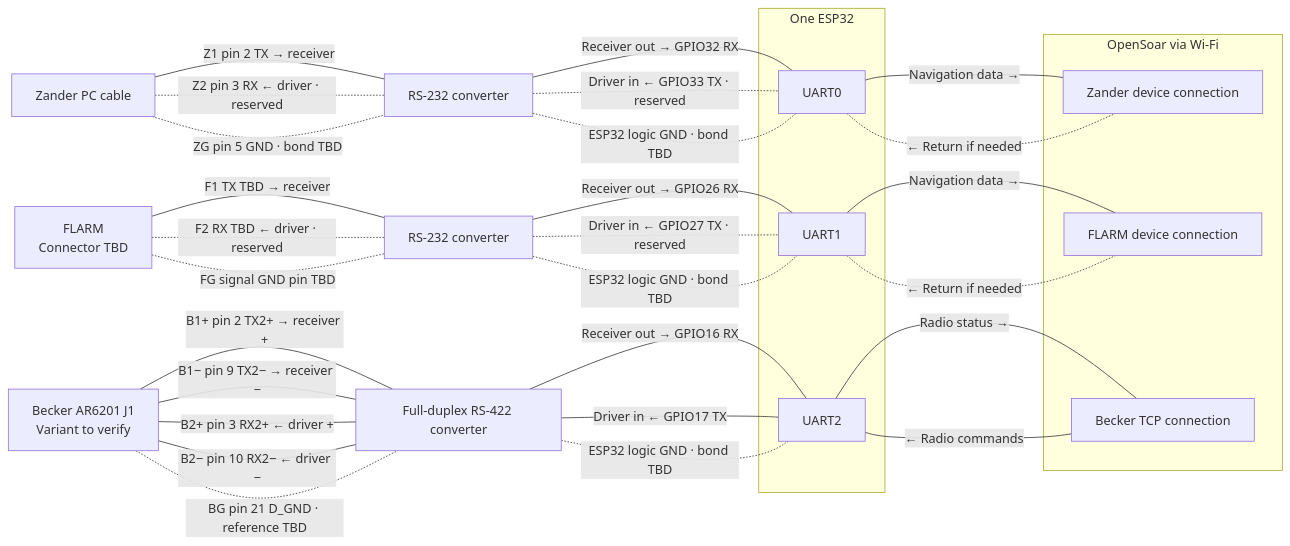
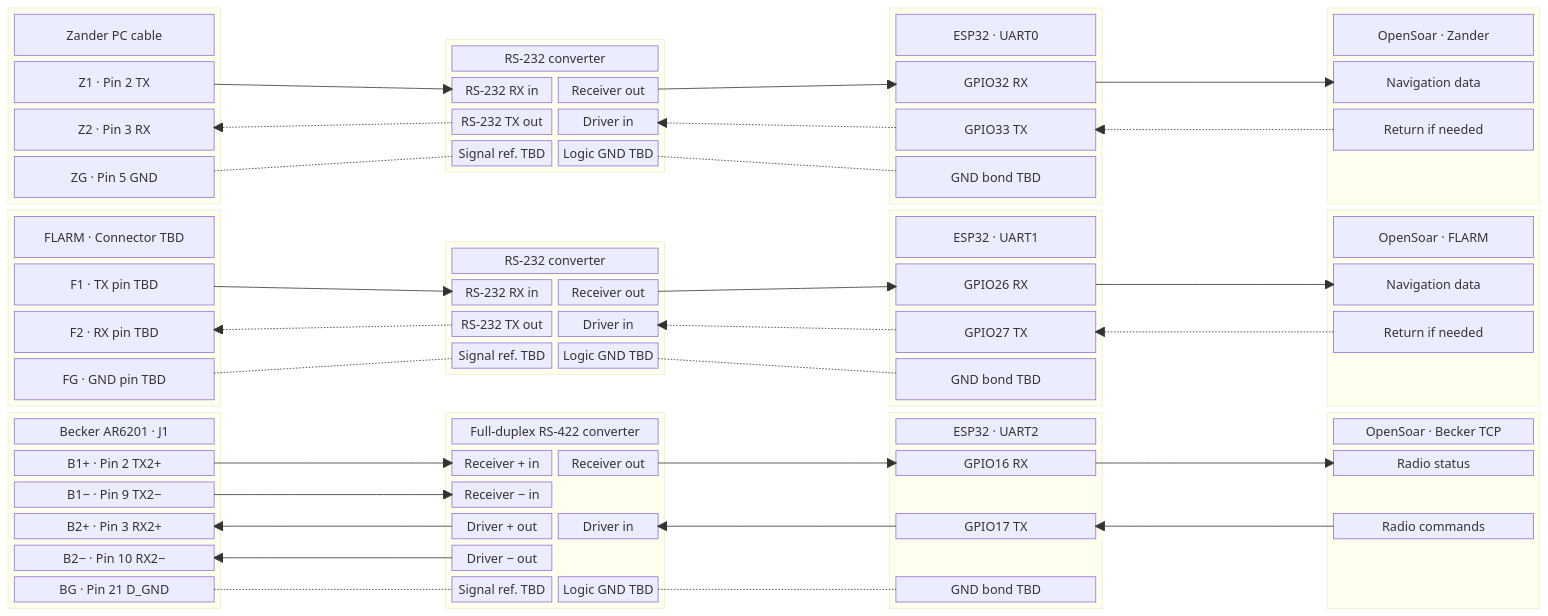
One commit to MomoRC-tech/Becker-AR6201-to-OpenSoar changed the first of 3 diagrams in docs/connections.md. Above: the diagram before and after it, drawn with Mermaid. The commit also changed other lines of this file, not shown here.

Commit message:
Show pin endpoints and signal arrows in connection diagram

````diff
--- a/docs/connections.md
+++ b/docs/connections.md
@@ -11,48 +11,136 @@
 ```mermaid
-flowchart LR
-    Z["Zander PC cable"]
-    F["FLARM<br/>Connector TBD"]
-    B["Becker AR6201 J1<br/>Variant to verify"]
-    ZC["RS-232 converter"]
-    FC["RS-232 converter"]
-    BC["Full-duplex RS-422 converter"]
-    subgraph ESP["One ESP32"]
-        U0["UART0"]
-        U1["UART1"]
-        U2["UART2"]
+block-beta
+    columns 7
+    block:zander
+        columns 1
+        zh["Zander PC cable"]
+        ztx["Z1 · Pin 2 TX"]
+        zrx["Z2 · Pin 3 RX"]
+        zg["ZG · Pin 5 GND"]
     end
-    subgraph OS["OpenSoar via Wi-Fi"]
-        NZ["Zander device connection"]
-        NF["FLARM device connection"]
-        RB["Becker TCP connection"]
+    space
+    block:zconverter
+        columns 2
+        zch["RS-232 converter"]:2
+        zri["RS-232 RX in"] zro["Receiver out"]
+        zdo["RS-232 TX out"] zdi["Driver in"]
+        zref["Signal ref. TBD"] zlogic["Logic GND TBD"]
+    end
+    space
+    block:uart0
+        columns 1
+        e0["ESP32 · UART0"]
+        er0["GPIO32 RX"]
+        et0["GPIO33 TX"]
+        eg0["GND bond TBD"]
+    end
+    space
+    block:zapp
+        columns 1
+        zah["OpenSoar · Zander"]
+        zn["Navigation data"]
+        zb["Return if needed"]
+        space
     end
 
-    Z ---|"Z1 pin 2 TX → receiver"| ZC
-    Z -.-|"Z2 pin 3 RX ← driver · reserved"| ZC
-    Z -.-|"ZG pin 5 GND · bond TBD"| ZC
-    ZC ---|"Receiver out → GPIO32 RX"| U0
-    ZC -.-|"Driver in ← GPIO33 TX · reserved"| U0
-    ZC -.-|"ESP32 logic GND · bond TBD"| U0
-    U0 ---|"Navigation data →"| NZ
-    U0 -.-|"← Return if needed"| NZ
+    block:flarm
+        columns 1
+        fh["FLARM · Connector TBD"]
+        ftx["F1 · TX pin TBD"]
+        frx["F2 · RX pin TBD"]
+        fg["FG · GND pin TBD"]
+    end
+    space
+    block:fconverter
+        columns 2
+        fch["RS-232 converter"]:2
+        fri["RS-232 RX in"] fro["Receiver out"]
+        fdo["RS-232 TX out"] fdi["Driver in"]
+        fref["Signal ref. TBD"] flogic["Logic GND TBD"]
+    end
+    space
+    block:uart1
+        columns 1
+        e1["ESP32 · UART1"]
+        er1["GPIO26 RX"]
+        et1["GPIO27 TX"]
+        eg1["GND bond TBD"]
+    end
+    space
+    block:fapp
+        columns 1
+        fah["OpenSoar · FLARM"]
+        fn["Navigation data"]
+        fb["Return if needed"]
+        space
+    end
 
-    F ---|"F1 TX TBD → receiver"| FC
-    F -.-|"F2 RX TBD ← driver · reserved"| FC
-    F -.-|"FG signal GND pin TBD"| FC
-    FC ---|"Receiver out → GPIO26 RX"| U1
-    FC -.-|"Driver in ← GPIO27 TX · reserved"| U1
-    FC -.-|"ESP32 logic GND · bond TBD"| U1
-    U1 ---|"Navigation data →"| NF
-    U1 -.-|"← Return if needed"| NF
+    block:becker
+        columns 1
+        bh["Becker AR6201 · J1"]
+        btp["B1+ · Pin 2 TX2+"]
+        btn["B1− · Pin 9 TX2−"]
+        brp["B2+ · Pin 3 RX2+"]
+        brn["B2− · Pin 10 RX2−"]
+        bg["BG · Pin 21 D_GND"]
+    end
+    space
+    block:bconverter
+        columns 2
+        bch["Full-duplex RS-422 converter"]:2
+        brip["Receiver + in"] bro["Receiver out"]
+        brin["Receiver − in"] space
+        bdop["Driver + out"] bdi["Driver in"]
+        bdon["Driver − out"] space
+        bref["Signal ref. TBD"] blogic["Logic GND TBD"]
+    end
+    space
+    block:uart2
+        columns 1
+        e2["ESP32 · UART2"]
+        er2["GPIO16 RX"]
+        space
+        et2["GPIO17 TX"]
+        space
+        eg2["GND bond TBD"]
+    end
+    space
+    block:bapp
+        columns 1
+        bah["OpenSoar · Becker TCP"]
+        bs["Radio status"]
+        space
+        bc["Radio commands"]
+        space
+        space
+    end
 
-    B ---|"B1+ pin 2 TX2+ → receiver +"| BC
-    B ---|"B1− pin 9 TX2− → receiver −"| BC
-    B ---|"B2+ pin 3 RX2+ ← driver +"| BC
-    B ---|"B2− pin 10 RX2− ← driver −"| BC
-    B -.-|"BG pin 21 D_GND · reference TBD"| BC
-    BC ---|"Receiver out → GPIO16 RX"| U2
-    BC ---|"Driver in ← GPIO17 TX"| U2
-    BC -.-|"ESP32 logic GND · bond TBD"| U2
-    U2 ---|"Radio status →"| RB
-    U2 ---|"← Radio commands"| RB
+    ztx --> zri
+    zro --> er0
+    er0 --> zn
+    zb -.-> et0
+    et0 -.-> zdi
+    zdo -.-> zrx
+    zg -.- zref
+    zlogic -.- eg0
+
+    ftx --> fri
+    fro --> er1
+    er1 --> fn
+    fb -.-> et1
+    et1 -.-> fdi
+    fdo -.-> frx
+    fg -.- fref
+    flogic -.- eg1
+
+    btp --> brip
+    btn --> brin
+    bro --> er2
+    er2 --> bs
+    bc --> et2
+    et2 --> bdi
+    bdop --> brp
+    bdon --> brn
+    bg -.- bref
+    blogic -.- eg2
 ```
````
